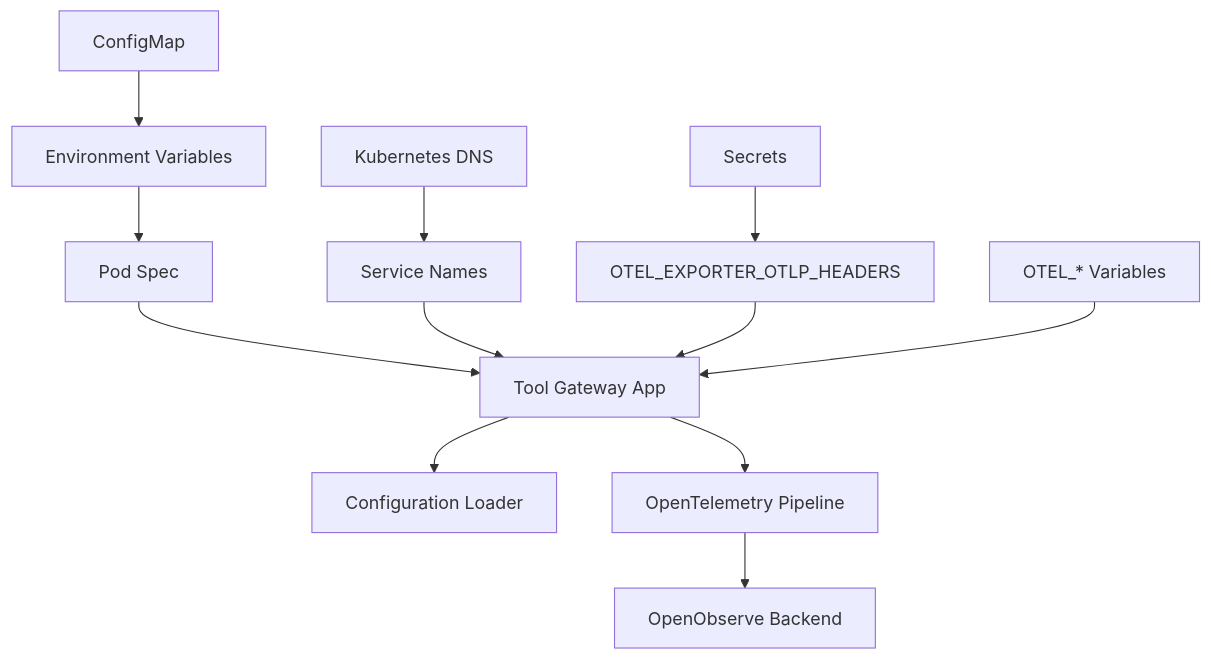
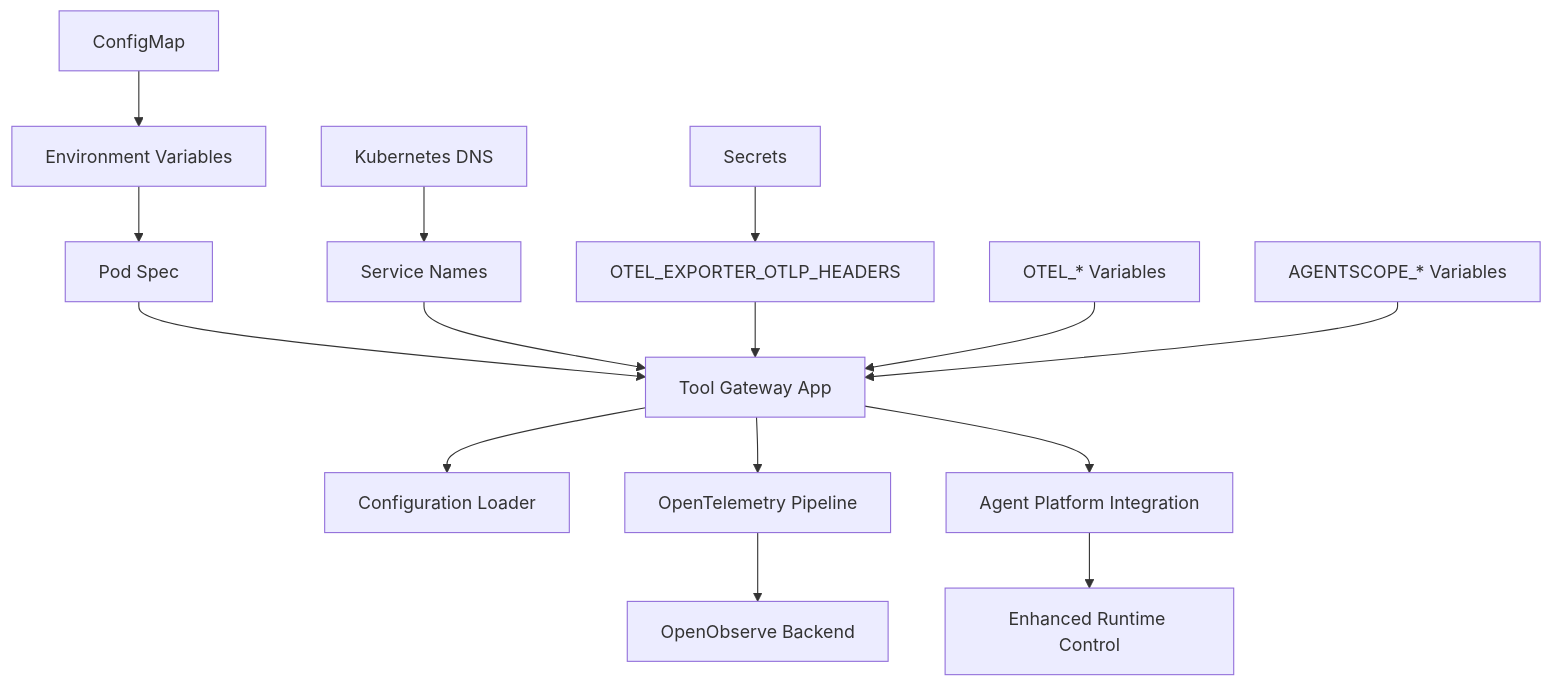
One commit to metasync/luban-aiops changed the tenth of 11 diagrams in .qoder/repowiki/en/content/Tool Gateway Service/Configuration and Environment Setup.md. Above: the diagram before and after it, drawn with Mermaid. The commit also changed other lines of this file and 25 other files, not shown here.

````diff
--- a/.qoder/repowiki/en/content/Tool Gateway Service/Configuration and Environment Setup.md
+++ b/.qoder/repowiki/en/content/Tool Gateway Service/Configuration and Environment Setup.md
@@ -356,14 +417,17 @@
 ```mermaid
 graph TB
 CM["ConfigMap"] --> ENV["Environment Variables"]
 ENV --> POD["Pod Spec"]
 POD --> APP["Tool Gateway App"]
 APP --> CFG["Configuration Loader"]
 DNS["Kubernetes DNS"] --> SVC["Service Names"]
 SVC --> APP
 Secrets["Secrets"] --> AuthHeaders["OTEL_EXPORTER_OTLP_HEADERS"]
 AuthHeaders --> APP
 OTelEnv["OTEL_* Variables"] --> APP
 APP --> OTel["OpenTelemetry Pipeline"]
 OTel --> Backend["OpenObserve Backend"]
+AgentEnv["AGENTSCOPE_* Variables"] --> APP
+APP --> AgentPlatform["Agent Platform Integration"]
+AgentPlatform --> EnhancedRuntime["Enhanced Runtime Control"]
 ```
````
